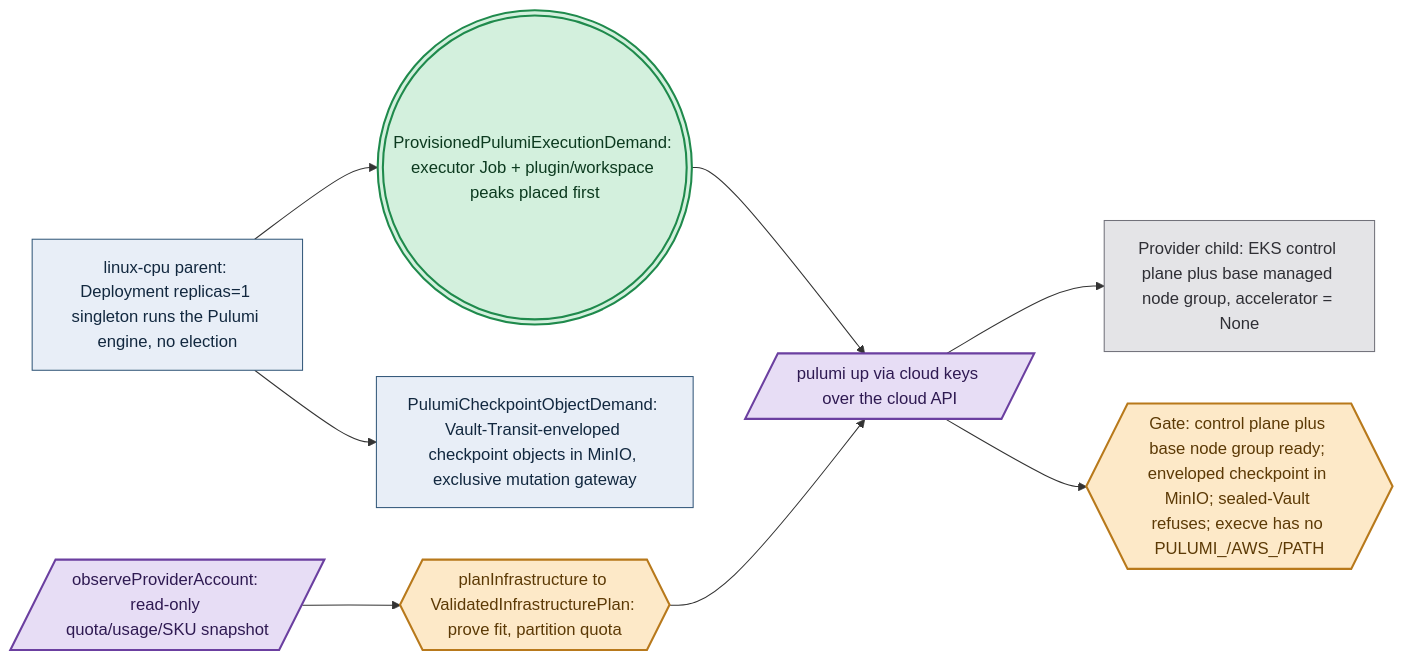
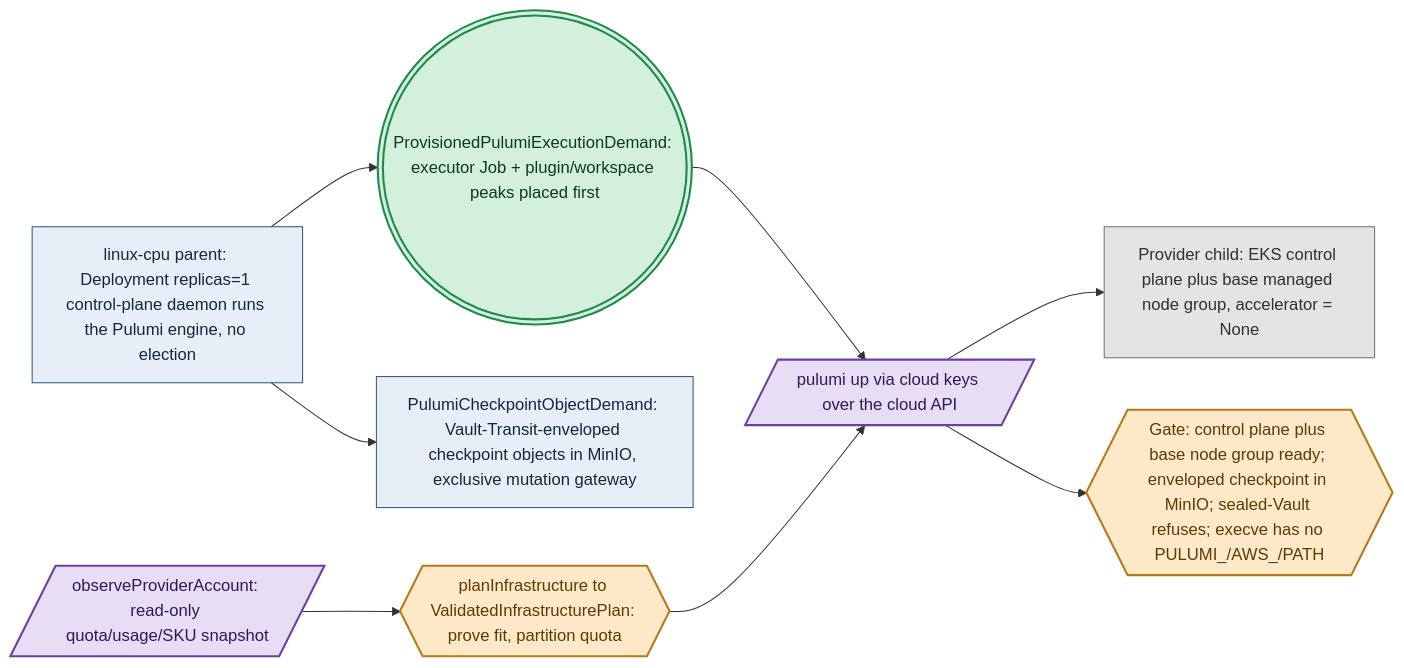
Before and after one commit to Tuee22/amoebius: the diagram in DEVELOPMENT_PLAN/phase_49_provider_deploy_checkpoint.md, drawn with Mermaid. The commit also changed other lines of this file and 1233 other files, not shown here.

````diff
--- a/DEVELOPMENT_PLAN/phase_49_provider_deploy_checkpoint.md
+++ b/DEVELOPMENT_PLAN/phase_49_provider_deploy_checkpoint.md
@@ -138,16 +138,16 @@
 ```mermaid
 flowchart LR
 %% register: algebra
-  parent["linux-cpu parent: Deployment replicas=1 singleton runs the Pulumi engine, no election"]:::intent --> exec((("ProvisionedPulumiExecutionDemand: executor Job + plugin/workspace peaks placed first"))):::seal
+  parent["linux-cpu parent: Deployment replicas=1 control-plane daemon runs the Pulumi engine, no election"]:::intent --> exec((("ProvisionedPulumiExecutionDemand: executor Job + plugin/workspace peaks placed first"))):::seal
   exec --> deploy[/"pulumi up via cloud keys over the cloud API"/]:::effect
   parent --> backend["PulumiCheckpointObjectDemand: Vault-Transit-enveloped checkpoint objects in MinIO, exclusive mutation gateway"]:::intent
   deploy --> eks["Provider child: EKS control plane plus base managed node group, accelerator = None"]:::runtime
   observe[/"observeProviderAccount: read-only quota/usage/SKU snapshot"/]:::effect --> validate{{"planInfrastructure to ValidatedInfrastructurePlan: prove fit, partition quota"}}:::gate
   validate --> deploy
   deploy --> gate{{"Gate: control plane plus base node group ready; enveloped checkpoint in MinIO; sealed-Vault refuses; execve has no PULUMI_/AWS_/PATH"}}:::gate
   classDef intent   fill:#e8eef7,stroke:#33587a,color:#12283f,stroke-width:1px
   classDef gate     fill:#fde9c8,stroke:#b8791b,color:#5c3a06,stroke-width:2px
   classDef effect   fill:#e7ddf5,stroke:#6b3fa0,color:#2f1a52,stroke-width:2px
   classDef seal     fill:#d3f0dd,stroke:#1f8a4c,color:#0c3a1f,stroke-width:2px
   classDef runtime  fill:#e4e4e7,stroke:#71717a,color:#2f2f35,stroke-width:1px
 ```
````
